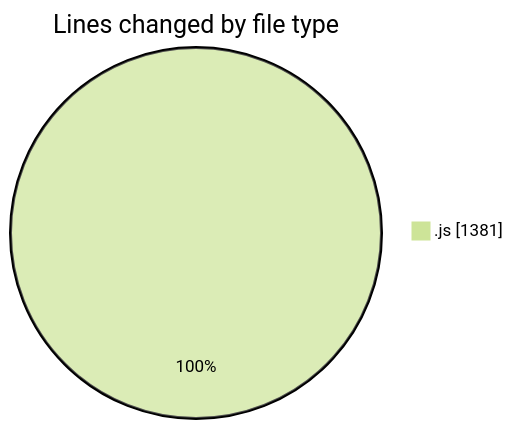
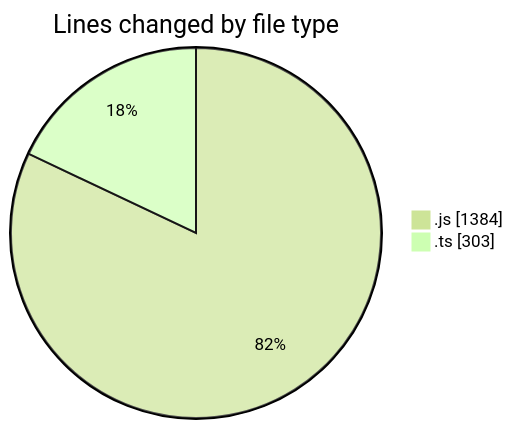
One commit to momahboobian/code-tracking changed the first of 2 diagrams in 2026-02-04/cda/README.md. Above: the diagram before and after it, drawn with Mermaid (forest theme). The commit also changed other lines of this file and 1 other file, not shown here.

````diff
--- a/2026-02-04/cda/README.md
+++ b/2026-02-04/cda/README.md
@@ -20,5 +21,6 @@
 ```mermaid
 pie showData
 title Lines changed by file type
-".js" : 1381
+".js" : 1384
+".ts" : 303
 ```
````
